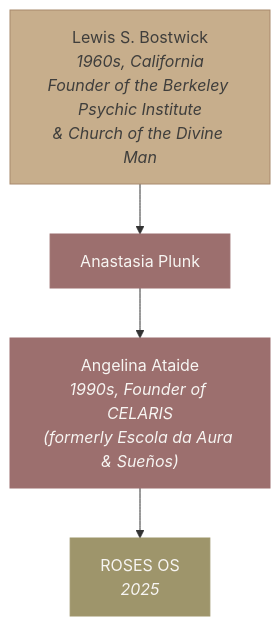
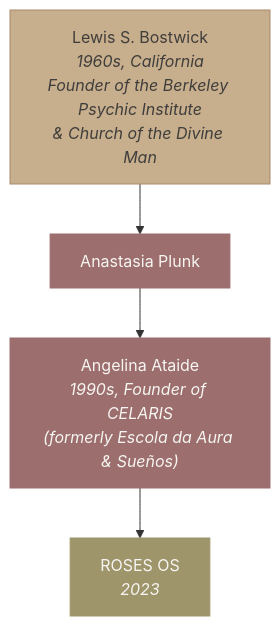
Before and after one commit to Light-Brands/roses-os: the third of 28 diagrams in docs/brand/brand-dna.md, drawn with Mermaid. The commit also changed 1 other file, not shown here.

Commit message:
Update ROSES OS lineage year from 2025 to 2023
https://claude.ai/code/session_01BQBLYytqPLrKgov6QSj3pC

````diff
--- a/docs/brand/brand-dna.md
+++ b/docs/brand/brand-dna.md
@@ -128,11 +128,11 @@
 ```mermaid
 graph TD
     LB["Lewis S. Bostwick<br/><i>1960s, California<br/>Founder of the Berkeley Psychic Institute<br/>& Church of the Divine Man</i>"] --> AP["Anastasia Plunk"]
     AP --> AA["Angelina Ataide<br/><i>1990s, Founder of CELARIS<br/>(formerly Escola da Aura & Sueños)</i>"]
-    AA --> ROS["ROSES OS<br/><i>2025</i>"]
+    AA --> ROS["ROSES OS<br/><i>2023</i>"]
 
     style LB fill:#C7AE8C,color:#3F3E3C,stroke:#A8896D
     style AP fill:#9C6F6E,color:#F7F5F2,stroke:#9C6F6E
     style AA fill:#9C6F6E,color:#F7F5F2,stroke:#9C6F6E
     style ROS fill:#9E956B,color:#F7F5F2,stroke:#9E956B
 ```
````
